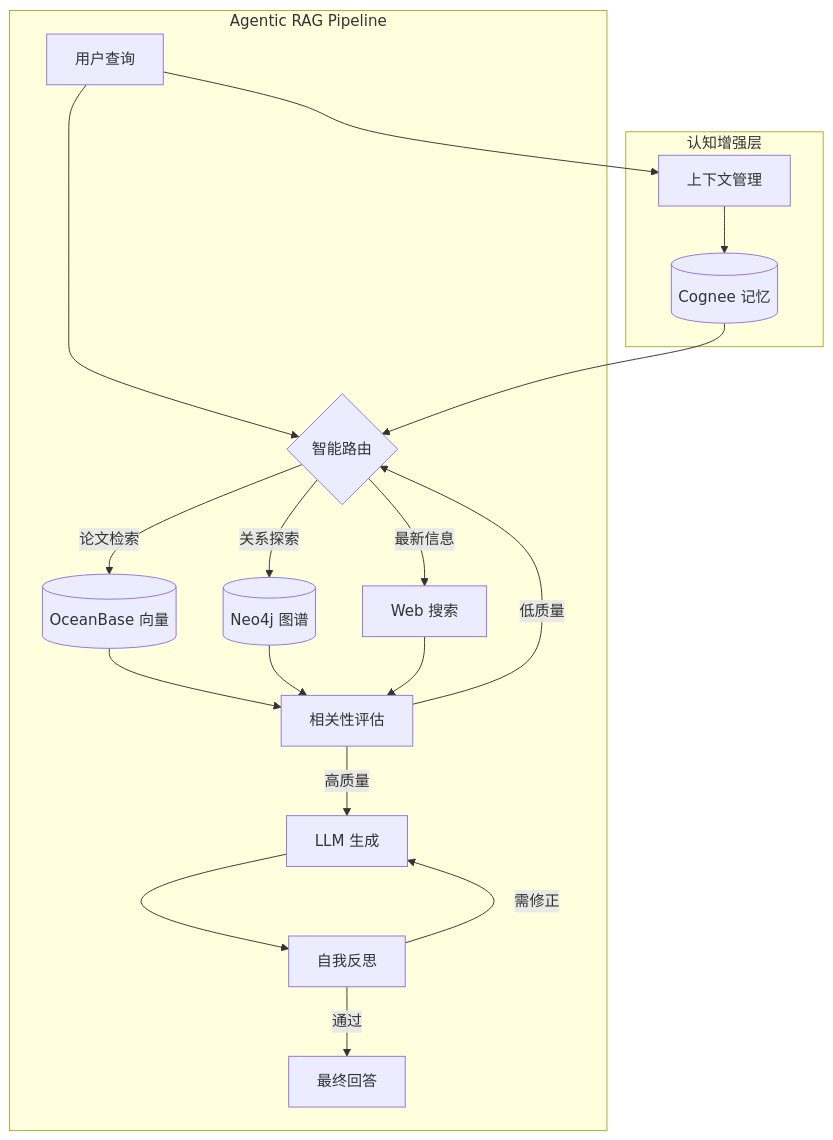
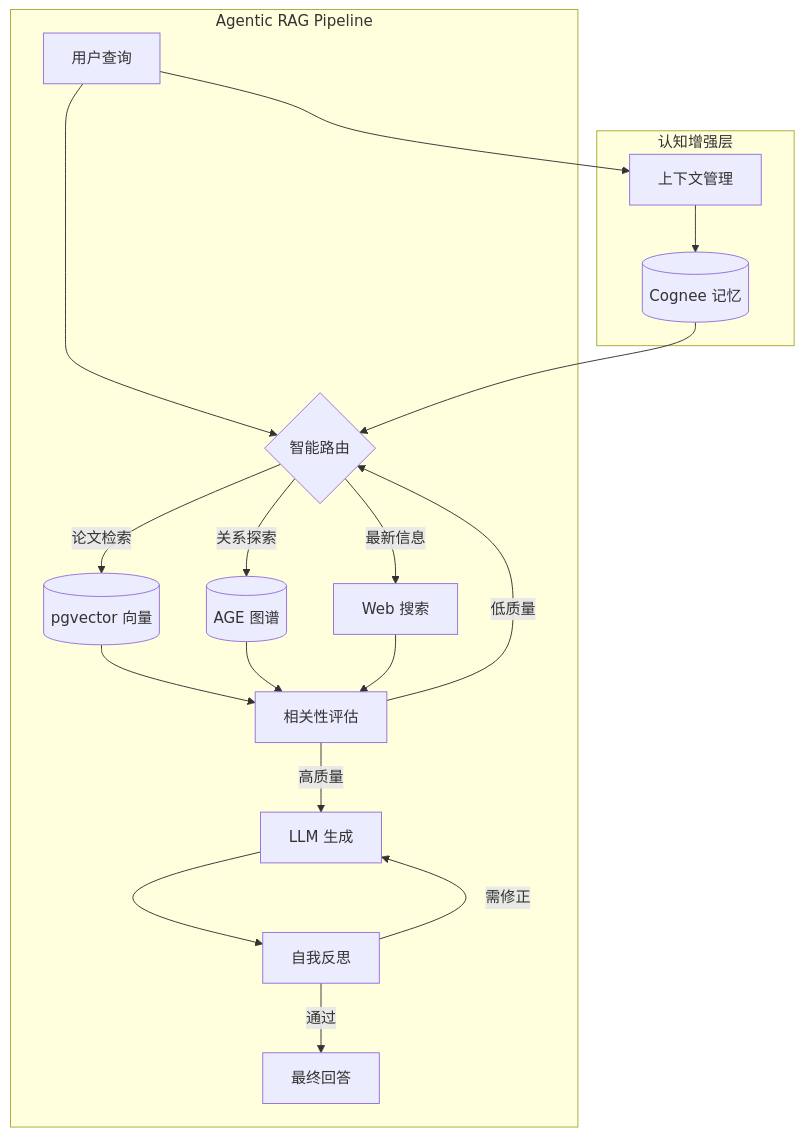
Before and after one commit to ThreeFish-AI/negentropy: the tenth of 22 diagrams in docs/research/000-cognitive-enhancement.md, drawn with Mermaid. The commit also changed other lines of this file, not shown here.

````diff
--- a/docs/research/000-cognitive-enhancement.md
+++ b/docs/research/000-cognitive-enhancement.md
@@ -544,27 +544,27 @@
 ```mermaid
 flowchart TB
     subgraph "Agentic RAG Pipeline"
         Query[用户查询] --> Router{智能路由}
 
-        Router -->|论文检索| OB[(OceanBase 向量)]
-        Router -->|关系探索| Neo[(Neo4j 图谱)]
+        Router -->|论文检索| OB[(pgvector 向量)]
+        Router -->|关系探索| Neo[(AGE 图谱)]
         Router -->|最新信息| Web[Web 搜索]
 
         OB & Neo & Web --> Grader[相关性评估]
         Grader -->|低质量| Router
         Grader -->|高质量| Generator[LLM 生成]
 
         Generator --> Reflector[自我反思]
         Reflector -->|需修正| Generator
         Reflector -->|通过| Response[最终回答]
     end
 
     subgraph "认知增强层"
         Memory[(Cognee 记忆)]
         Context[上下文管理]
     end
 
     Query --> Context
     Context --> Memory
     Memory --> Router
 ```
````
